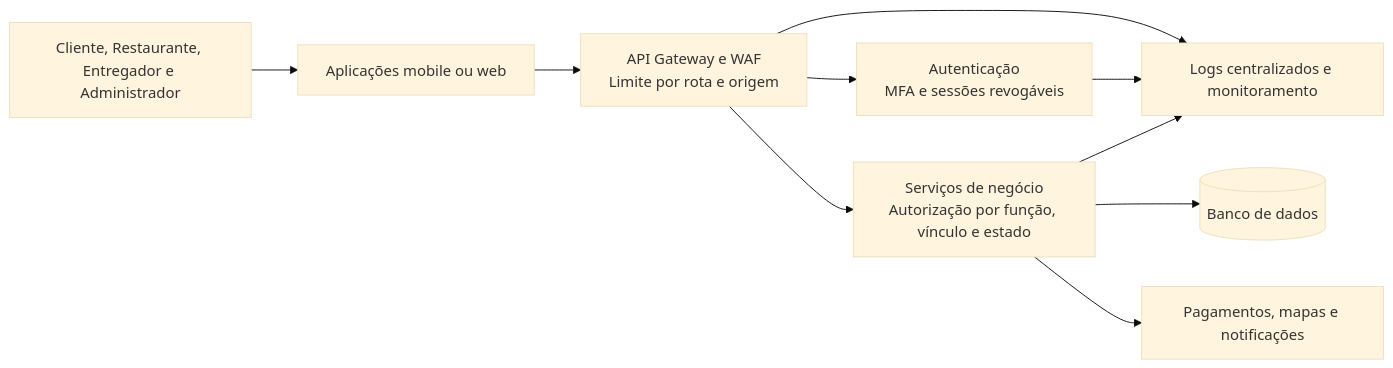
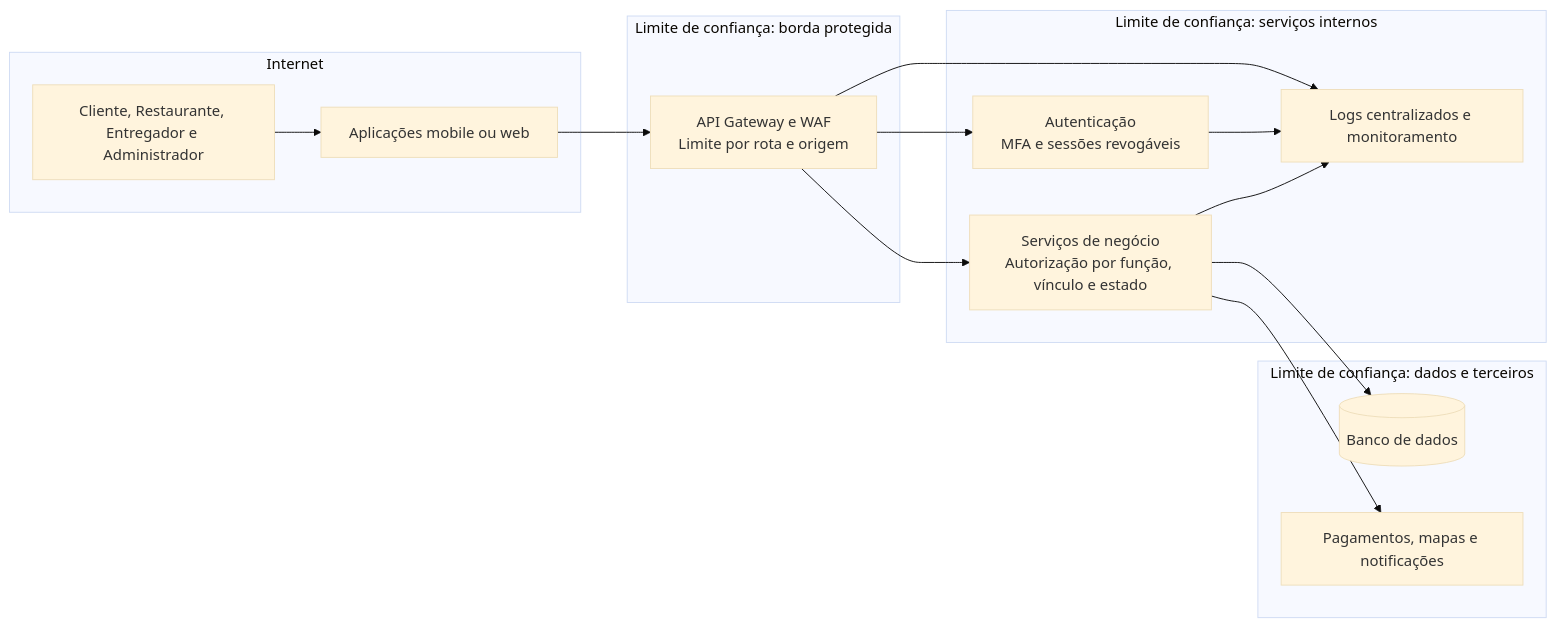
Before and after one commit to Ismael1012/Engenharia_Software_Seguro: the diagram in diagramas/etapa-3/arquitetura-segura.mmd, drawn with Mermaid (base theme). The commit also changed 11 other files, not shown here.

```diff
--- a/diagramas/etapa-3/arquitetura-segura.mmd
+++ b/diagramas/etapa-3/arquitetura-segura.mmd
@@ -1,10 +1,24 @@
 flowchart LR
-    U[Cliente, Restaurante, Entregador e Administrador] --> I[Aplicações mobile ou web]
-    I --> G[API Gateway e WAF\nLimite por rota e origem]
-    G --> A[Autenticação\nMFA e sessões revogáveis]
-    G --> B[Serviços de negócio\nAutorização por função, vínculo e estado]
-    B --> D[(Banco de dados)]
-    B --> E[Pagamentos, mapas e notificações]
-    G --> L[Logs centralizados e monitoramento]
+    subgraph Internet
+        U[Cliente, Restaurante, Entregador e Administrador] --> I[Aplicações mobile ou web]
+    end
+    subgraph Borda[Limite de confiança: borda protegida]
+        G[API Gateway e WAF\nLimite por rota e origem]
+    end
+    subgraph Interno[Limite de confiança: serviços internos]
+        A[Autenticação\nMFA e sessões revogáveis]
+        B[Serviços de negócio\nAutorização por função, vínculo e estado]
+        L[Logs centralizados e monitoramento]
+    end
+    subgraph Dados[Limite de confiança: dados e terceiros]
+        D[(Banco de dados)]
+        E[Pagamentos, mapas e notificações]
+    end
+    I --> G
+    G --> A
+    G --> B
+    G --> L
     A --> L
     B --> L
+    B --> D
+    B --> E
```
